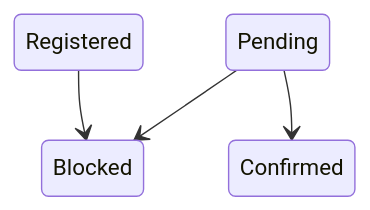
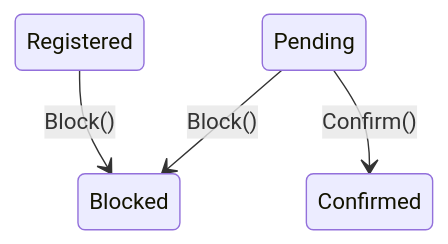
The first of 2 diagrams in README.md (chalfel/statechart), drawn with Mermaid before and after one commit. The commit also changed other lines of this file, not shown here.

````diff
--- a/README.md
+++ b/README.md
@@ -80,6 +80,6 @@
 ```mermaid
 stateDiagram-v2
-    Pending --> Blocked
-    Registered --> Blocked
-    Pending --> Confirmed
+    Pending --> Blocked : Block()
+    Registered --> Blocked : Block()
+    Pending --> Confirmed : Confirm()
 ```
````
